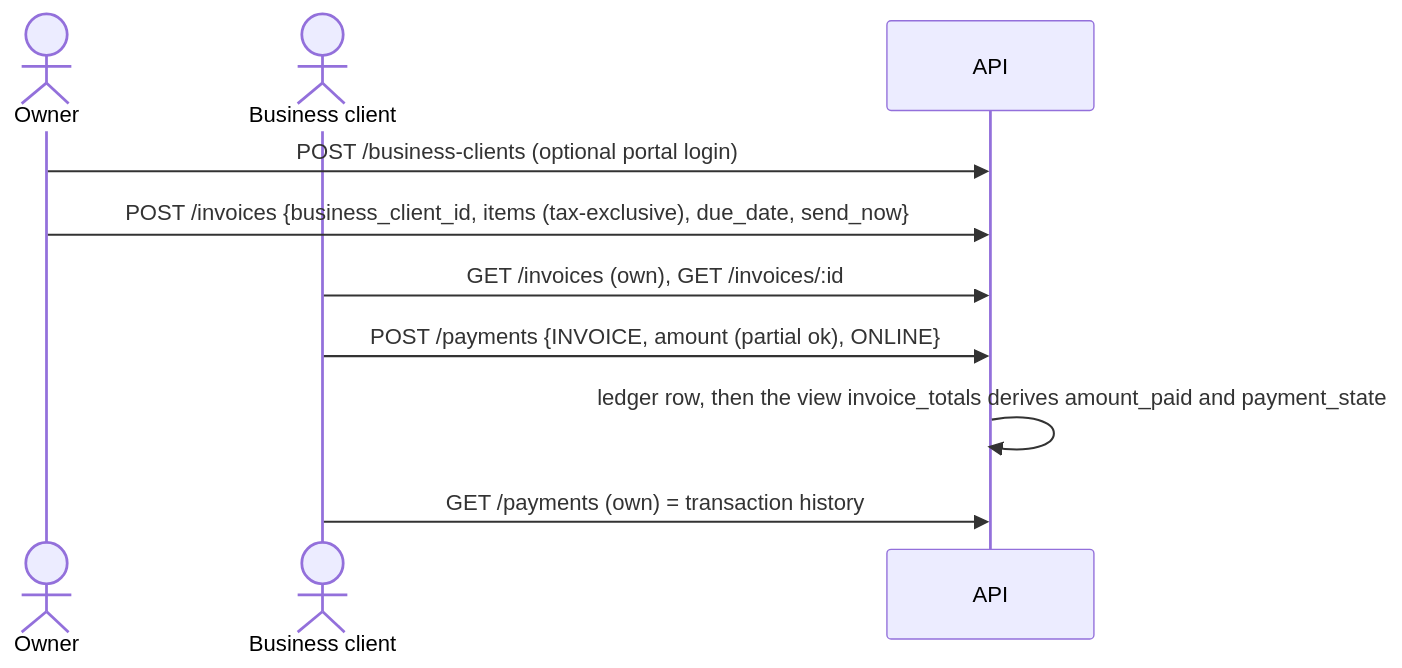
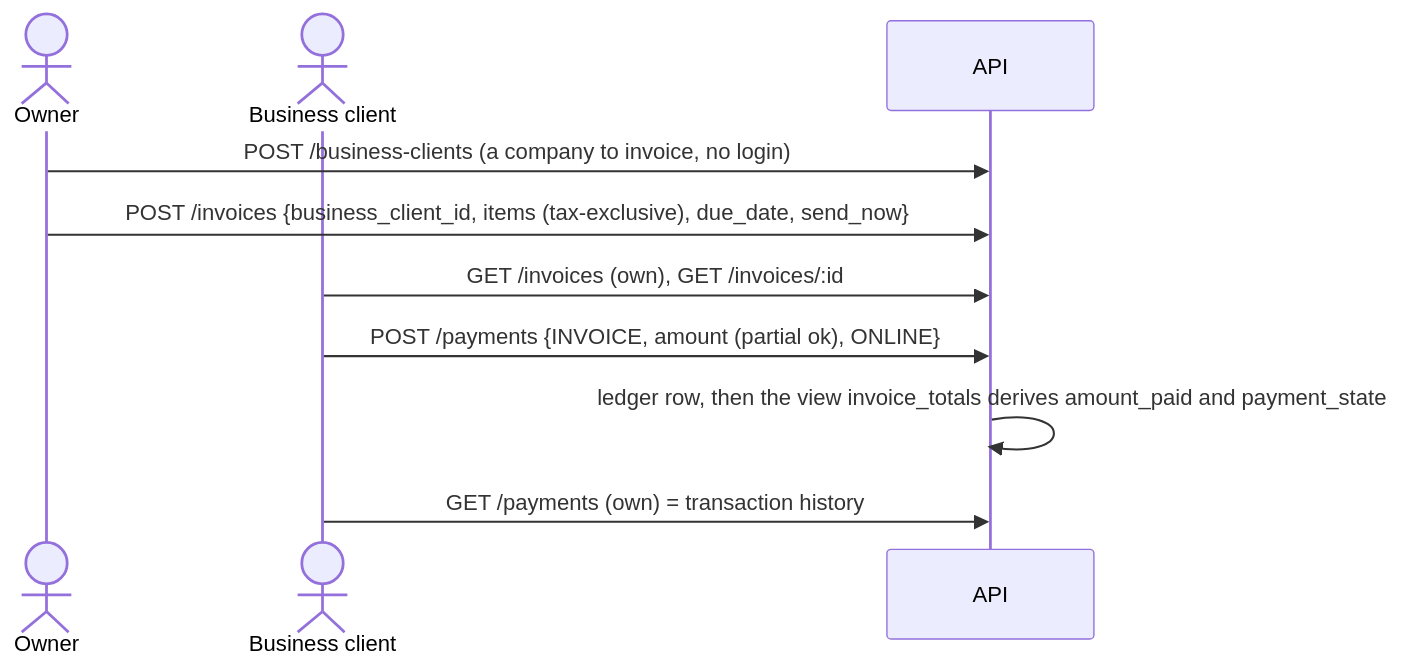
Before and after one commit to OjasPurohit/Meridian-Bay: diagram 15 of 18 in docs/workflows/USER_FLOWS.md, drawn with Mermaid. The commit also changed other lines of this file and 146 other files, not shown here.

````diff
--- a/docs/workflows/USER_FLOWS.md
+++ b/docs/workflows/USER_FLOWS.md
@@ -276,12 +276,12 @@
 ```mermaid
 sequenceDiagram
   actor O as Owner
   actor B as Business client
   participant API as API
-  O->>API: POST /business-clients (optional portal login)
+  O->>API: POST /business-clients (a company to invoice, no login)
   O->>API: POST /invoices {business_client_id, items (tax-exclusive), due_date, send_now}
   B->>API: GET /invoices (own), GET /invoices/:id
   B->>API: POST /payments {INVOICE, amount (partial ok), ONLINE}
   API->>API: ledger row, then the view invoice_totals derives amount_paid and payment_state
   B->>API: GET /payments (own) = transaction history
 ```
````
